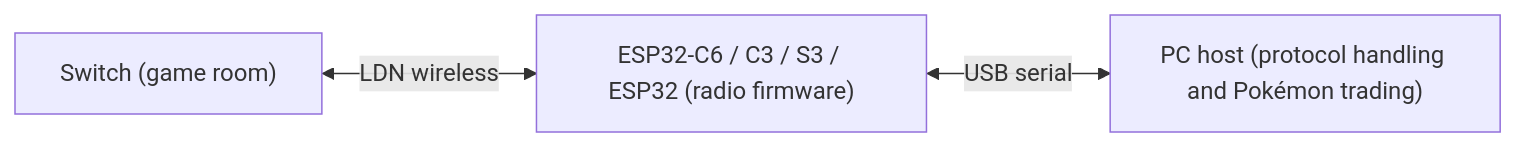
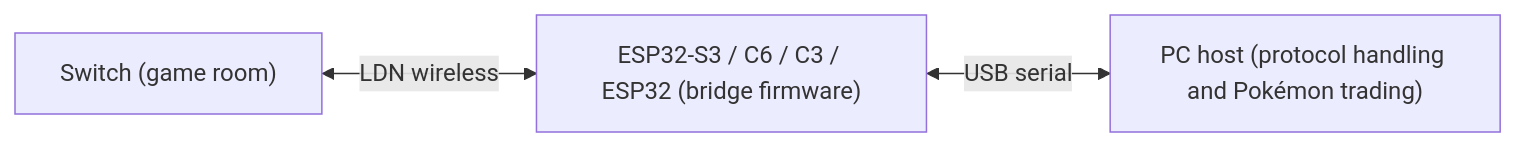
Before and after one commit to GB-Link/GB-Link-Switch-LDN: the diagram in host/README.md, drawn with Mermaid. The commit also changed other lines of this file and 42 other files, not shown here.

````diff
--- a/host/README.md
+++ b/host/README.md
@@ -19,5 +17,5 @@
 ```mermaid
 flowchart LR
-    Switch["Switch (game room)"] <-->|LDN wireless| ESP32["ESP32-C6 / C3 / S3 / ESP32 (radio firmware)"]
+    Switch["Switch (game room)"] <-->|LDN wireless| ESP32["ESP32-S3 / C6 / C3 / ESP32 (bridge firmware)"]
     ESP32 <-->|USB serial| PC["PC host (protocol handling and Pokémon trading)"]
 ```
````
